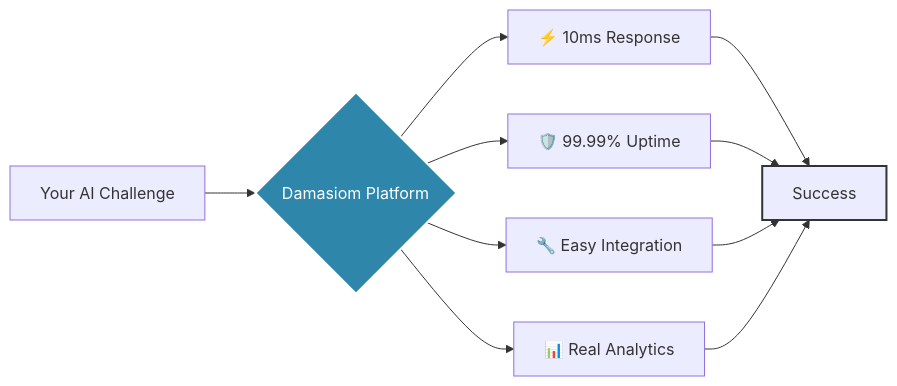
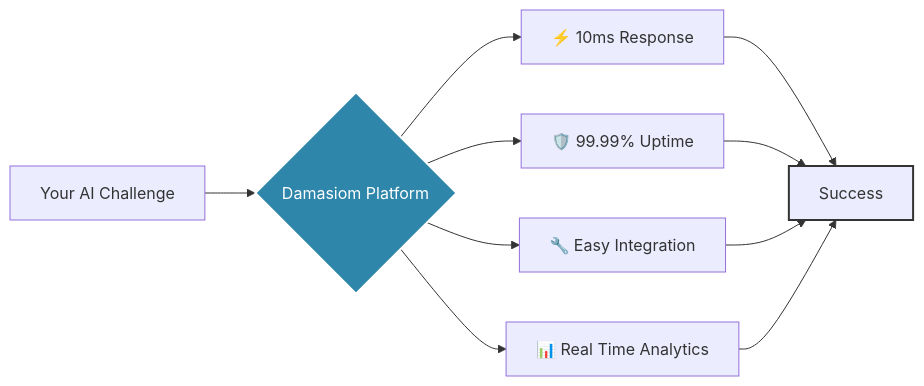
One commit to Damasiom/.github changed the diagram in profile/README.md. Above: the diagram before and after it, drawn with Mermaid.

Commit message:
Update analytics description to 'Real Time Analytics'

````diff
--- a/profile/README.md
+++ b/profile/README.md
@@ -140,14 +140,14 @@
 ```mermaid
 graph LR
     A[Your AI Challenge] --> B{Damasiom Platform}
     B --> C[⚡ 10ms Response]
     B --> D[🛡️ 99.99% Uptime]
     B --> E[🔧 Easy Integration]
-    B --> F[📊 Real Analytics]
+    B --> F[📊 Real Time Analytics]
     C --> G[Success]
     D --> G
     E --> G
     F --> G
     style B fill:#2E86AB,stroke:#fff,stroke-width:2px,color:#fff
     style G fill:#gold,stroke:#333,stroke-width:2px
 ```
````
